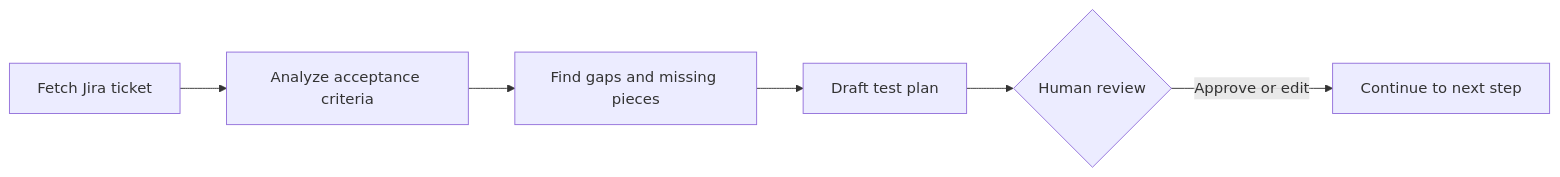
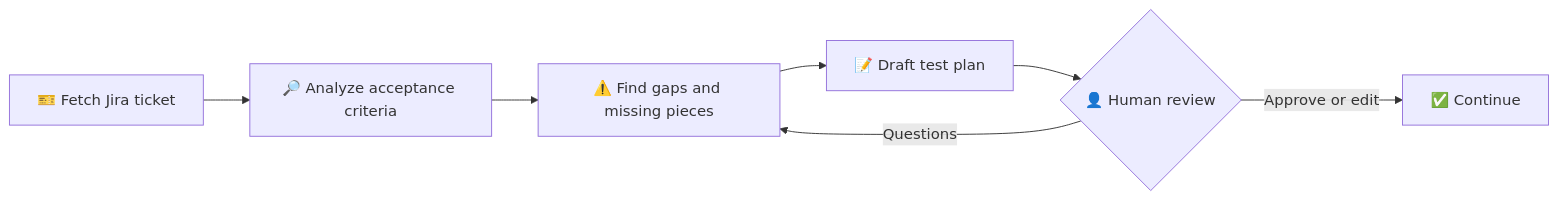
The second of 3 diagrams in README.md (Tush783/AITesterBlueprint5X), drawn with Mermaid before and after one commit. The commit also changed other lines of this file and 19 other files, not shown here.

````diff
--- a/README.md
+++ b/README.md
@@ -87,8 +254,9 @@
 ```mermaid
 flowchart LR
-    A[Fetch Jira ticket] --> B[Analyze acceptance criteria]
-    B --> C[Find gaps and missing pieces]
-    C --> D[Draft test plan]
-    D --> E{Human review}
-    E -->|Approve or edit| F[Continue to next step]
+    A[🎫 Fetch Jira ticket] --> B[🔎 Analyze acceptance criteria]
+    B --> C[⚠️ Find gaps and missing pieces]
+    C --> D[📝 Draft test plan]
+    D --> E{👤 Human review}
+    E -->|Approve or edit| F[✅ Continue]
+    E -->|Questions| C
 ```
````
